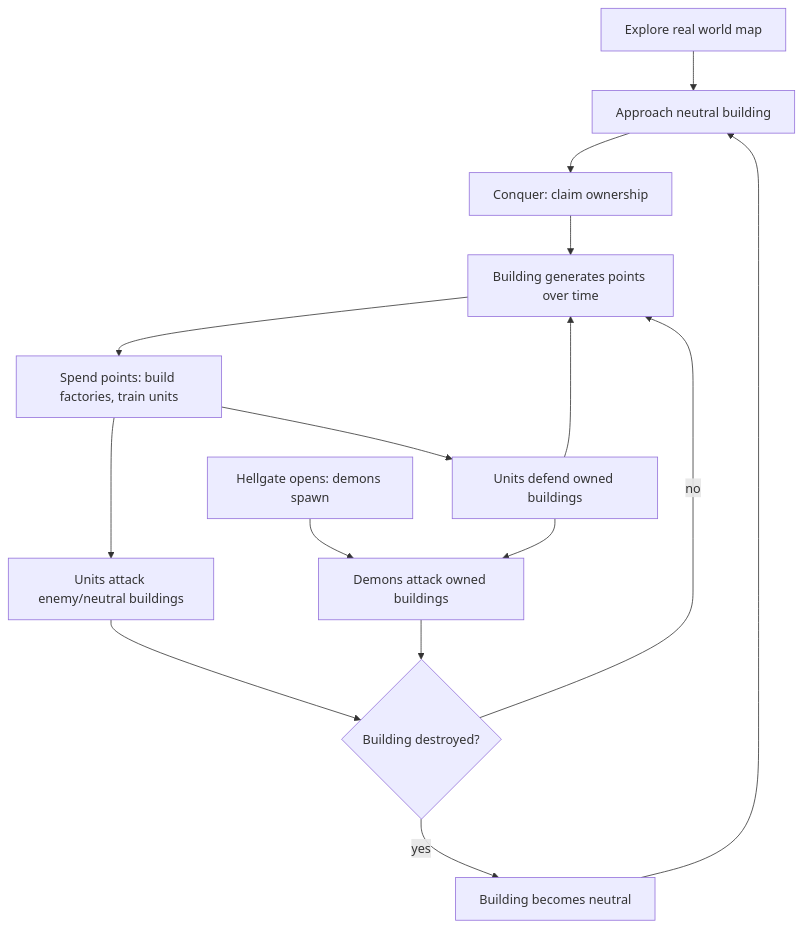
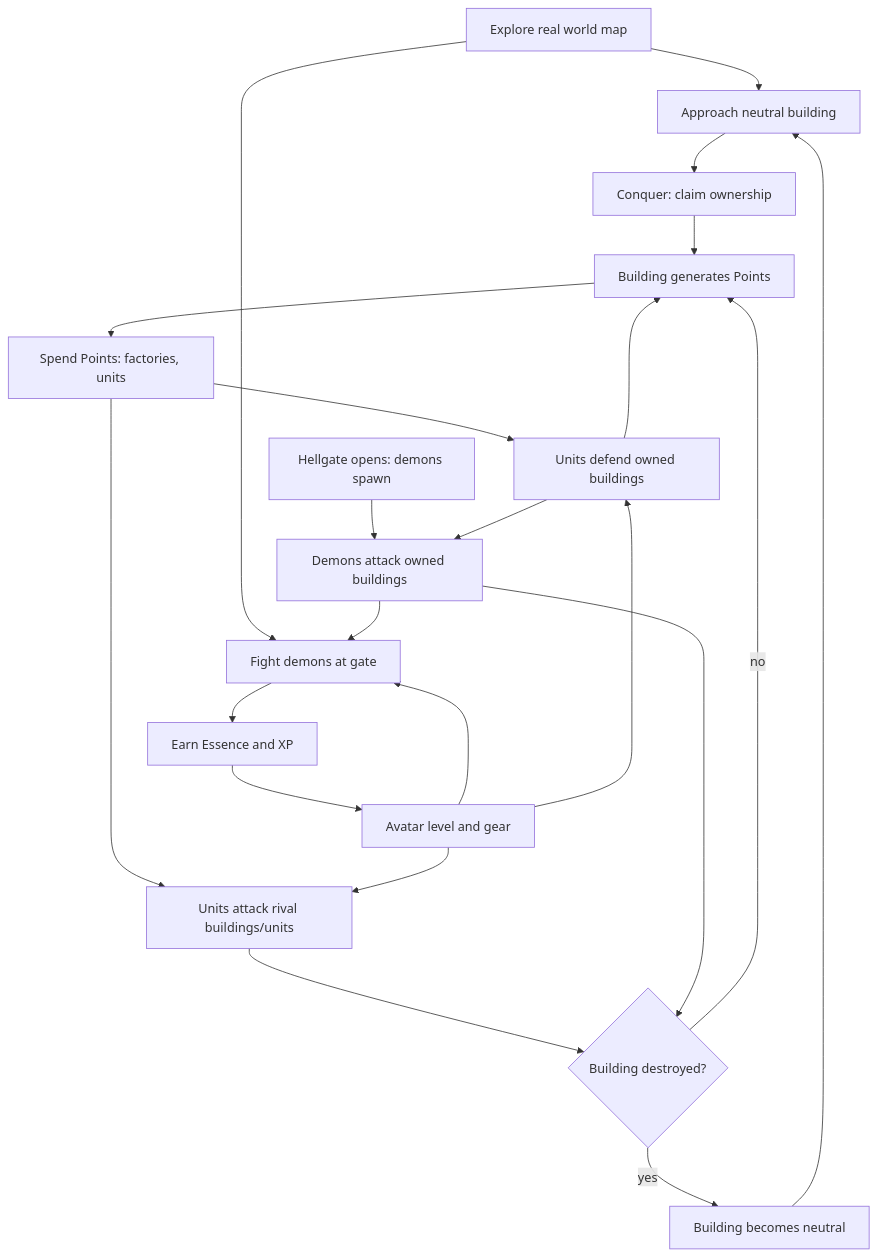
The first of 10 diagrams in docs/GAME_DESIGN.md (jhofer/ar-map-game), drawn with Mermaid before and after one commit. The commit also changed other lines of this file, not shown here.

First line of the commit message:
Add RPG loop, dual-currency model, and restore demons as common enemy

````diff
--- a/docs/GAME_DESIGN.md
+++ b/docs/GAME_DESIGN.md
@@ -29,17 +31,24 @@
 ```mermaid
 flowchart TD
     A[Explore real world map] --> B[Approach neutral building]
     B --> C[Conquer: claim ownership]
-    C --> D[Building generates points over time]
-    D --> E[Spend points: build factories, train units]
+    C --> D[Building generates Points]
+    D --> E[Spend Points: factories, units]
     E --> F[Units defend owned buildings]
-    E --> G[Units attack enemy/neutral buildings]
+    E --> G[Units attack rival buildings/units]
     G --> H{Building destroyed?}
     H -->|yes| I[Building becomes neutral]
     H -->|no| D
     I --> B
     F --> D
     X[Hellgate opens: demons spawn] --> Y[Demons attack owned buildings]
     Y --> H
     F --> Y
+    A --> J[Fight demons at gate]
+    Y --> J
+    J --> K[Earn Essence and XP]
+    K --> L[Avatar level and gear]
+    L --> J
+    L --> G
+    L --> F
 ```
````
